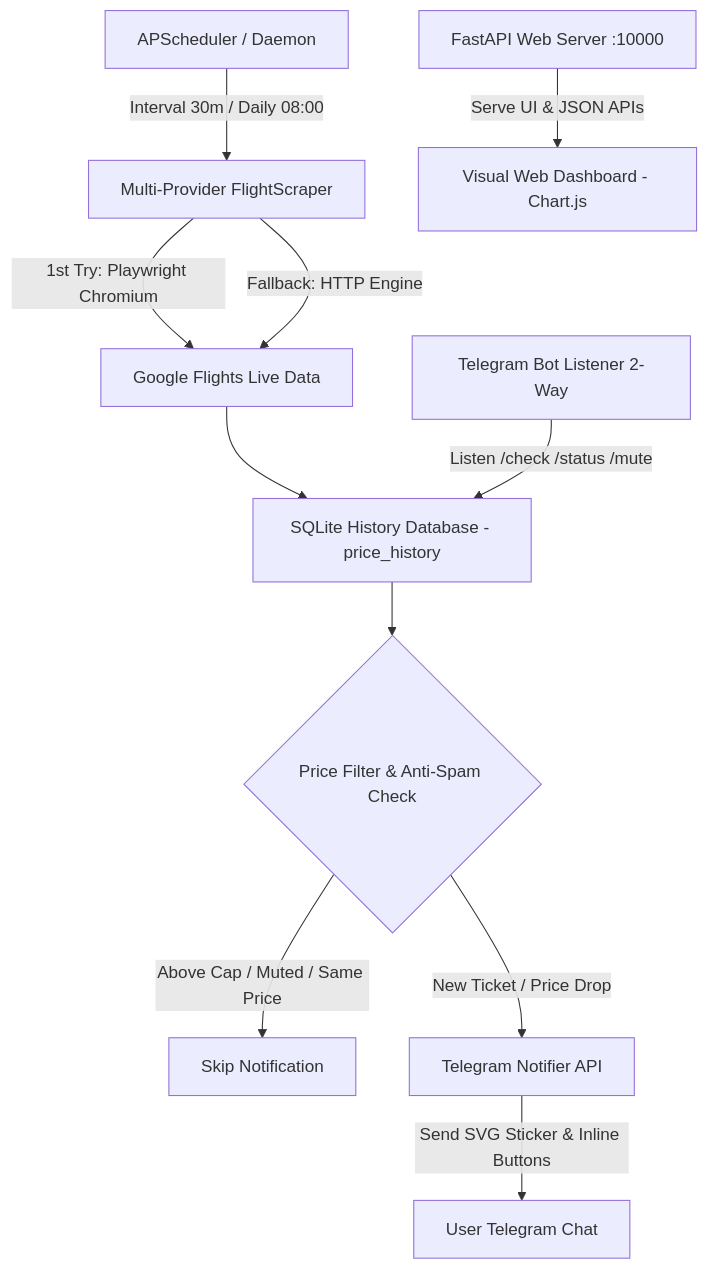
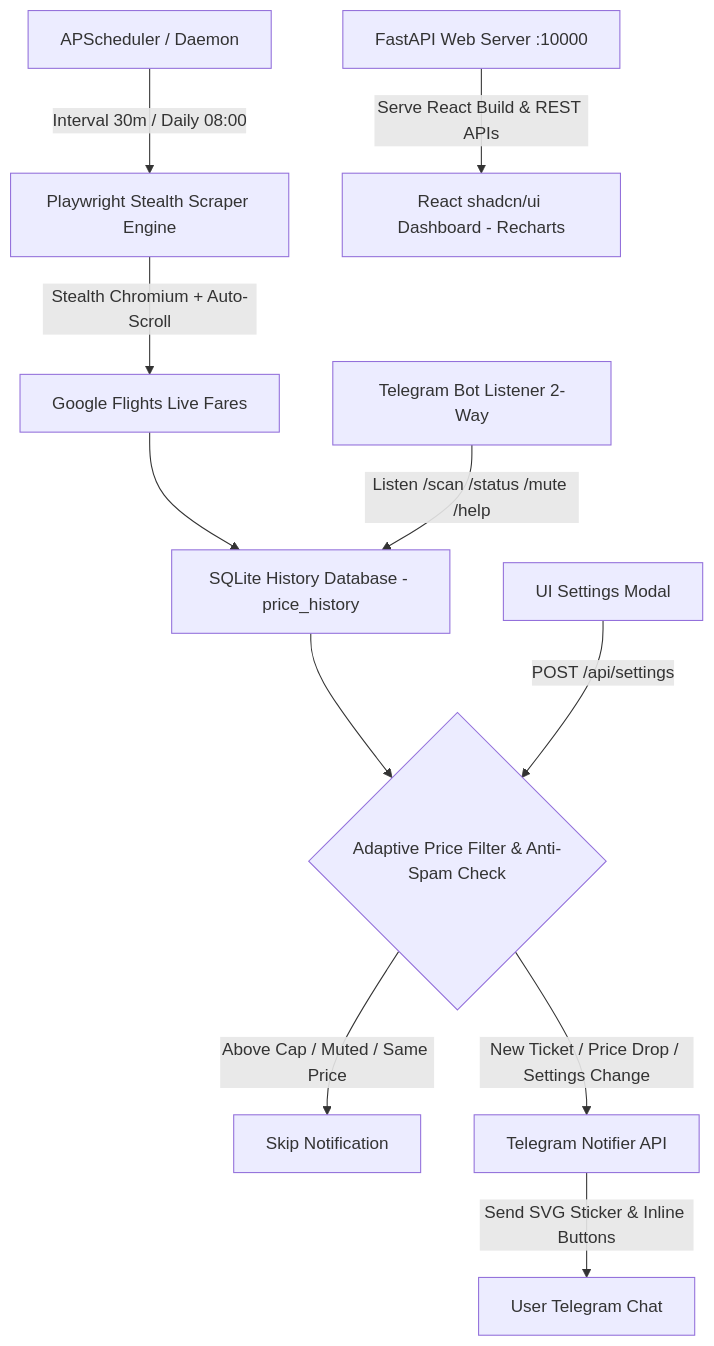
Before and after one commit to felichpehagasaginting-code/FlightTracker: the diagram in README.md, drawn with Mermaid. The commit also changed other lines of this file, not shown here.

Commit message:
docs: Update and polish README.md with React shadcn/ui dashboard V2, Playwright stealth scraper, dynamic alert thresholds, and Telegram commands documentation

````diff
--- a/README.md
+++ b/README.md
@@ -65,13 +74,13 @@
 ```mermaid
 graph TD
-    A[APScheduler / Daemon] -->|Interval 30m / Daily 08:00| B[Multi-Provider FlightScraper]
-    B -->|1st Try: Playwright Chromium| C[Google Flights Live Data]
-    B -->|Fallback: HTTP Engine| C
+    A[APScheduler / Daemon] -->|Interval 30m / Daily 08:00| B[Playwright Stealth Scraper Engine]
+    B -->|Stealth Chromium + Auto-Scroll| C[Google Flights Live Fares]
     C --> D[SQLite History Database - price_history]
-    D --> E{Price Filter & Anti-Spam Check}
+    D --> E{Adaptive Price Filter & Anti-Spam Check}
     E -->|Above Cap / Muted / Same Price| F[Skip Notification]
-    E -->|New Ticket / Price Drop| G[Telegram Notifier API]
+    E -->|New Ticket / Price Drop / Settings Change| G[Telegram Notifier API]
     G -->|Send SVG Sticker & Inline Buttons| H[User Telegram Chat]
-    I[Telegram Bot Listener 2-Way] -->|Listen /check /status /mute| D
-    J[FastAPI Web Server :10000] -->|Serve UI & JSON APIs| K[Visual Web Dashboard - Chart.js]
+    I[Telegram Bot Listener 2-Way] -->|Listen /scan /status /mute /help| D
+    J[FastAPI Web Server :10000] -->|Serve React Build & REST APIs| K[React shadcn/ui Dashboard - Recharts]
+    L[UI Settings Modal] -->|POST /api/settings| E
 ```
````
